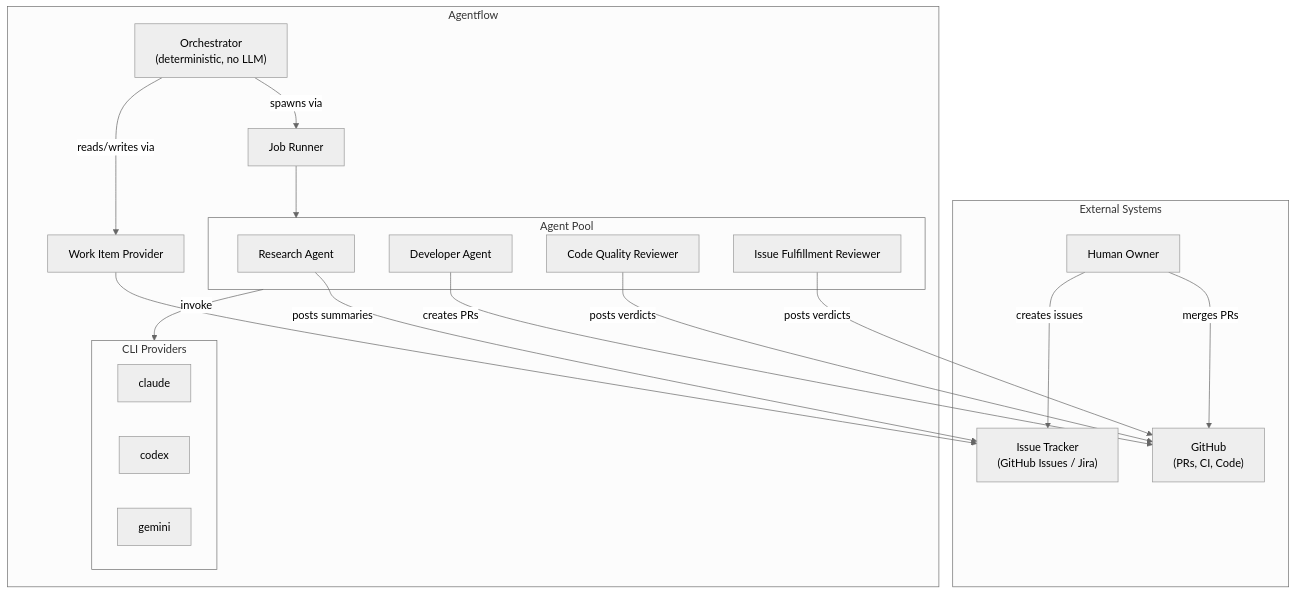
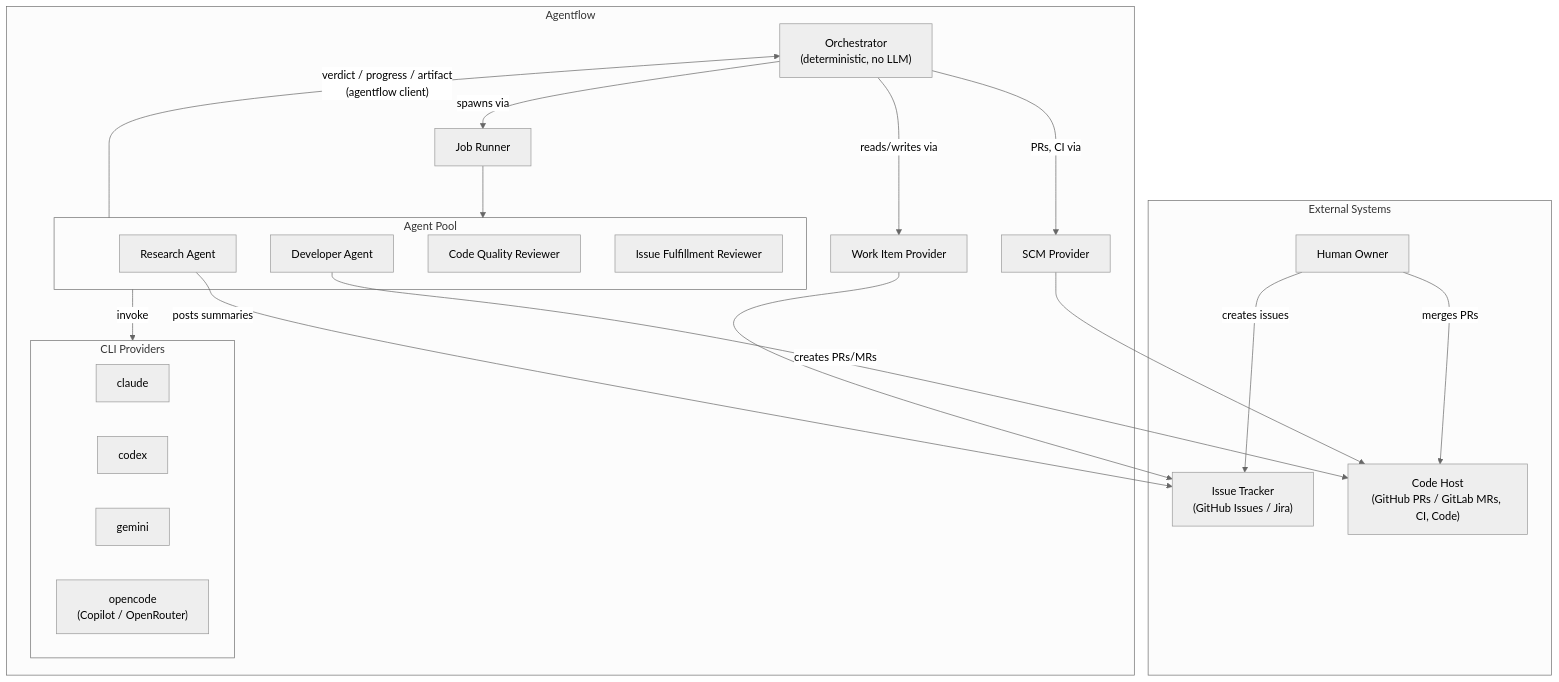
Before and after one commit to pweissneo/agentflow-docs: the first of 2 diagrams in docs-site/how-it-works/overview.md, drawn with Mermaid (neutral theme). The commit also changed other lines of this file and 11 other files, not shown here.

````diff
--- a/docs-site/how-it-works/overview.md
+++ b/docs-site/how-it-works/overview.md
@@ -7,39 +7,42 @@
 ```mermaid
 graph TD
     subgraph External["External Systems"]
         Issues["Issue Tracker<br/>(GitHub Issues / Jira)"]
-        GitHub["GitHub<br/>(PRs, CI, Code)"]
+        SCM["Code Host<br/>(GitHub PRs / GitLab MRs, CI, Code)"]
         Owner["Human Owner"]
     end
 
     subgraph Agentflow["Agentflow"]
         Orch["Orchestrator<br/>(deterministic, no LLM)"]
         WIP["Work Item Provider"]
+        SCMP["SCM Provider"]
         JR["Job Runner"]
 
         subgraph Agents["Agent Pool"]
             RA["Research Agent"]
             DA["Developer Agent"]
             RevA["Code Quality Reviewer"]
             RevB["Issue Fulfillment Reviewer"]
         end
 
         subgraph CLI["CLI Providers"]
             Claude["claude"]
             Codex["codex"]
             Gemini["gemini"]
+            Opencode["opencode<br/>(Copilot / OpenRouter)"]
         end
     end
 
     Owner -->|creates issues| Issues
     Orch -->|reads/writes via| WIP
     WIP --> Issues
+    Orch -->|PRs, CI via| SCMP
+    SCMP --> SCM
     Orch -->|spawns via| JR
     JR --> Agents
     Agents -->|invoke| CLI
-    DA -->|creates PRs| GitHub
+    Agents -->|"verdict / progress / artifact<br/>(agentflow client)"| Orch
+    DA -->|creates PRs/MRs| SCM
     RA -->|posts summaries| Issues
-    RevA -->|posts verdicts| GitHub
-    RevB -->|posts verdicts| GitHub
-    Owner -->|merges PRs| GitHub
+    Owner -->|merges PRs| SCM
 ```
````
